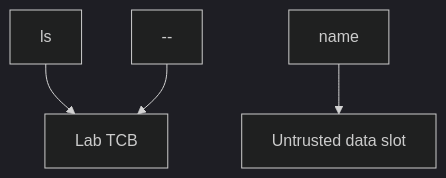
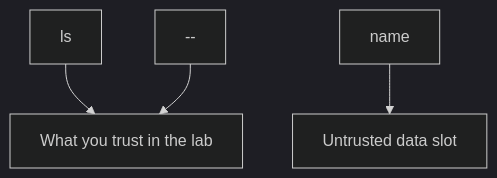
One commit to ishitvagoel/LearnSecurity changed the first of 2 diagrams in content/modules/6/6.1/lessons/02-model.md. Above: the diagram before and after it, drawn with Mermaid (dark theme). The commit also changed other lines of this file and 55 other files, not shown here.

````diff
--- a/content/modules/6/6.1/lessons/02-model.md
+++ b/content/modules/6/6.1/lessons/02-model.md
@@ -15,6 +16,6 @@
 ```mermaid
 flowchart TD
-  Prog[ls] --> TCB[Lab TCB]
+  Prog[ls] --> TCB[What you trust in the lab]
   Dash["--"] --> TCB
   Name[name] --> Data[Untrusted data slot]
 ```
````
